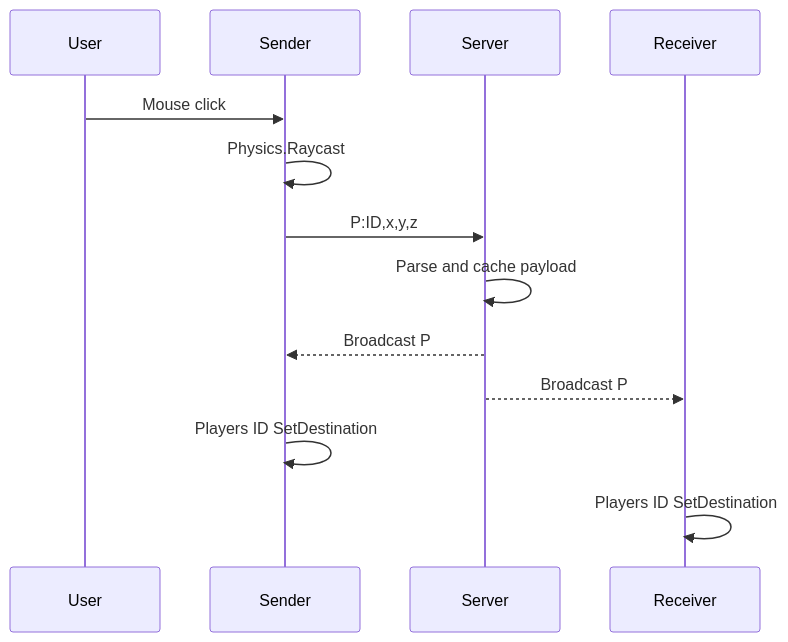
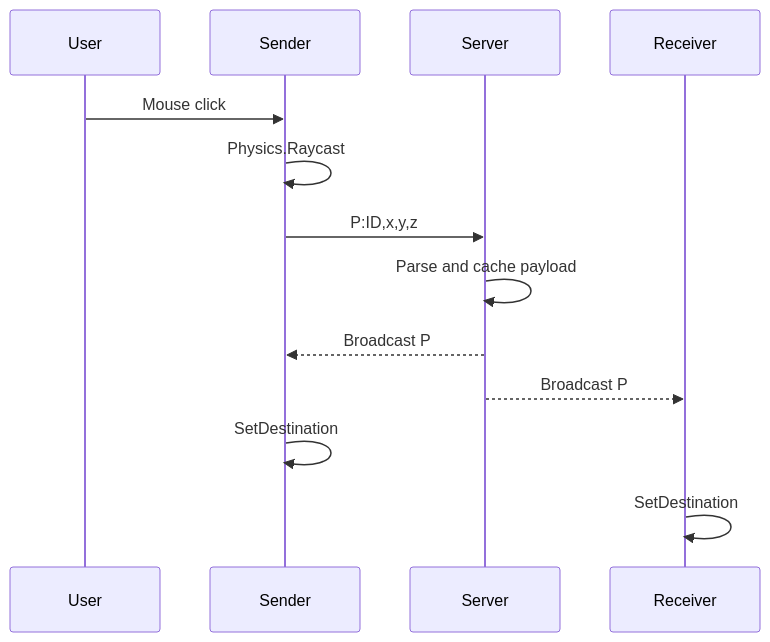
The second of 2 diagrams in Docs/Architecture.md (DuckBaee/IOCP-Destination-Sync-Code), drawn with Mermaid before and after one commit. The commit also changed other lines of this file and 5 other files, not shown here.

````diff
--- a/Docs/Architecture.md
+++ b/Docs/Architecture.md
@@ -43,16 +51,16 @@
 ```mermaid
 sequenceDiagram
     participant User
     participant Sender
     participant Server
     participant Receiver
 
     User->>Sender: Mouse click
     Sender->>Sender: Physics.Raycast
     Sender->>Server: P:ID,x,y,z
     Server->>Server: Parse and cache payload
     Server-->>Sender: Broadcast P
     Server-->>Receiver: Broadcast P
-    Sender->>Sender: Players ID SetDestination
-    Receiver->>Receiver: Players ID SetDestination
+    Sender->>Sender: SetDestination
+    Receiver->>Receiver: SetDestination
 ```
````
